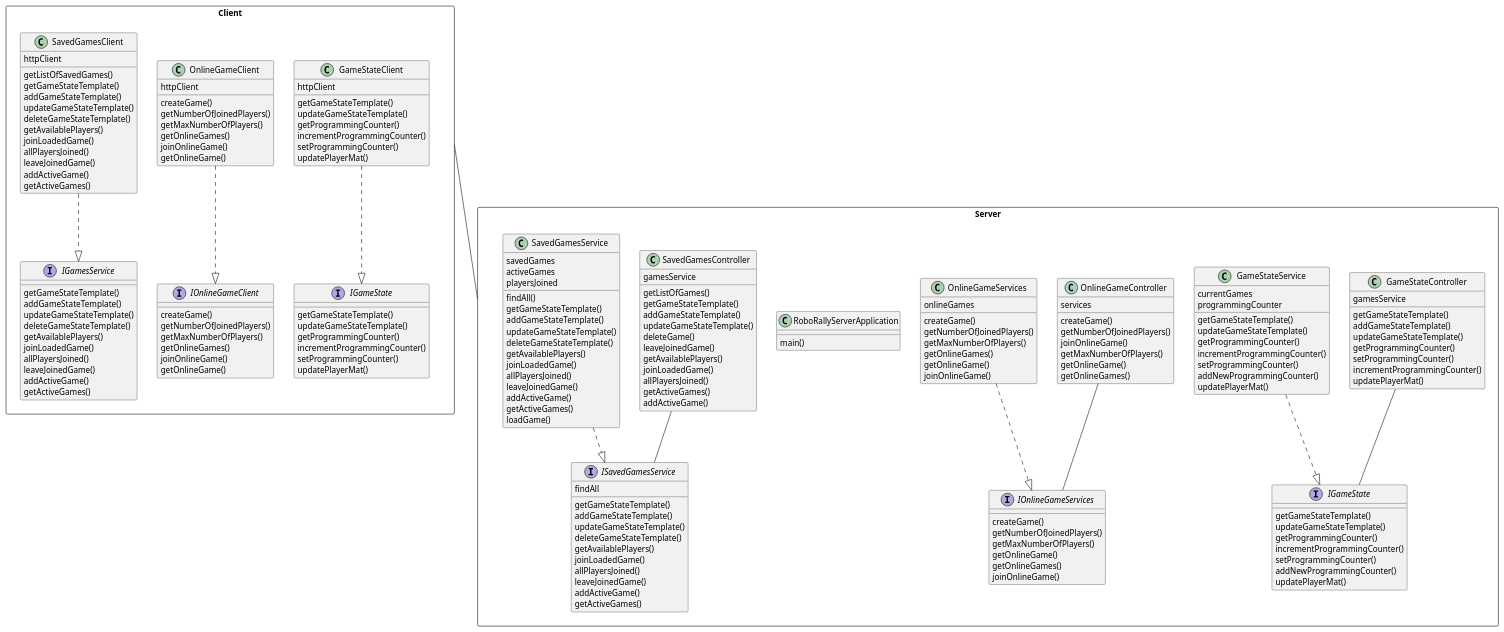
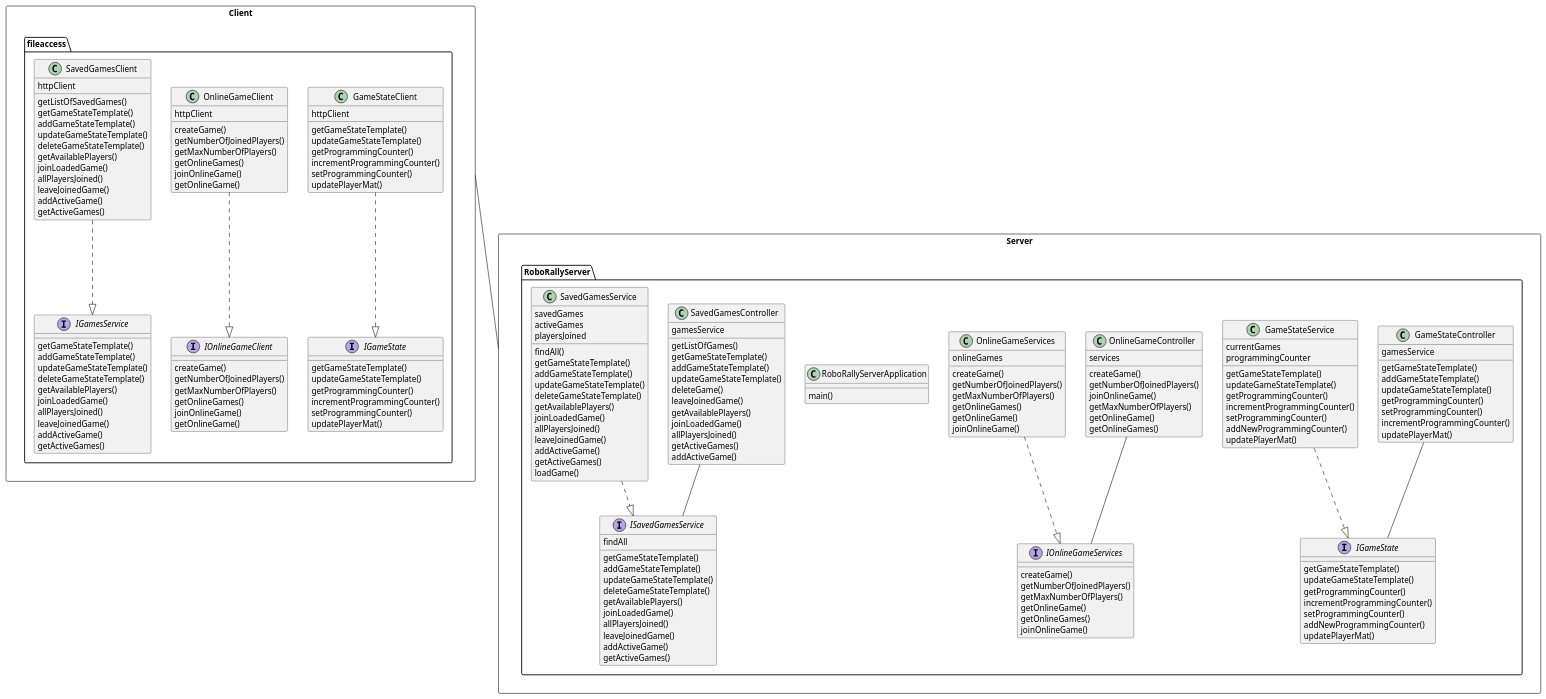
The diagram in PlantUML/WebClassDiagram.puml (MarkBidstrup/RoboRally), drawn with PlantUML before and after one commit.

Commit message:
Added fileaccess and RoboRallyServer packages to WebClassDiagram

```diff
--- a/PlantUML/WebClassDiagram.puml
+++ b/PlantUML/WebClassDiagram.puml
@@ -2,198 +2,202 @@
 'https://plantuml.com/sequence-diagram
 
 package Client <<Rectangle>>{
-    class GameStateClient {
-        httpClient
+    package fileaccess {
+        class GameStateClient {
+            httpClient
 
-        getGameStateTemplate()
-        updateGameStateTemplate()
-        getProgrammingCounter()
-        incrementProgrammingCounter()
-        setProgrammingCounter()
-        updatePlayerMat()
-    }
+            getGameStateTemplate()
+            updateGameStateTemplate()
+            getProgrammingCounter()
+            incrementProgrammingCounter()
+            setProgrammingCounter()
+            updatePlayerMat()
+        }
 
-    class OnlineGameClient {
-        httpClient
+        class OnlineGameClient {
+            httpClient
 
-        createGame()
-        getNumberOfJoinedPlayers()
-        getMaxNumberOfPlayers()
-        getOnlineGames()
-        joinOnlineGame()
-        getOnlineGame()
-    }
+            createGame()
+            getNumberOfJoinedPlayers()
+            getMaxNumberOfPlayers()
+            getOnlineGames()
+            joinOnlineGame()
+            getOnlineGame()
+        }
 
-    class SavedGamesClient {
-        httpClient
+        class SavedGamesClient {
+            httpClient
 
-        getListOfSavedGames()
-        getGameStateTemplate()
-        addGameStateTemplate()
-        updateGameStateTemplate()
-        deleteGameStateTemplate()
-        getAvailablePlayers()
-        joinLoadedGame()
-        allPlayersJoined()
-        leaveJoinedGame()
-        addActiveGame()
-        getActiveGames()
-    }
+            getListOfSavedGames()
+            getGameStateTemplate()
+            addGameStateTemplate()
+            updateGameStateTemplate()
+            deleteGameStateTemplate()
+            getAvailablePlayers()
+            joinLoadedGame()
+            allPlayersJoined()
+            leaveJoinedGame()
+            addActiveGame()
+            getActiveGames()
+        }
 
-    interface IGameState {
-        getGameStateTemplate()
-        updateGameStateTemplate()
-        getProgrammingCounter()
-        incrementProgrammingCounter()
-        setProgrammingCounter()
-        updatePlayerMat()
-    }
+        interface IGameState {
+            getGameStateTemplate()
+            updateGameStateTemplate()
+            getProgrammingCounter()
+            incrementProgrammingCounter()
+            setProgrammingCounter()
+            updatePlayerMat()
+        }
 
-    interface IGamesService {
-        getGameStateTemplate()
-        addGameStateTemplate()
-        updateGameStateTemplate()
-        deleteGameStateTemplate()
-        getAvailablePlayers()
-        joinLoadedGame()
-        allPlayersJoined()
-        leaveJoinedGame()
-        addActiveGame()
-        getActiveGames()
-    }
+        interface IGamesService {
+            getGameStateTemplate()
+            addGameStateTemplate()
+            updateGameStateTemplate()
+            deleteGameStateTemplate()
+            getAvailablePlayers()
+            joinLoadedGame()
+            allPlayersJoined()
+            leaveJoinedGame()
+            addActiveGame()
+            getActiveGames()
+        }
 
-    interface IOnlineGameClient {
-        createGame()
-        getNumberOfJoinedPlayers()
-        getMaxNumberOfPlayers()
-        getOnlineGames()
-        joinOnlineGame()
-        getOnlineGame()
+        interface IOnlineGameClient {
+            createGame()
+            getNumberOfJoinedPlayers()
+            getMaxNumberOfPlayers()
+            getOnlineGames()
+            joinOnlineGame()
+            getOnlineGame()
+        }
     }
 }
 
 package Server <<Rectangle>>{
-    class GameStateController {
-        gamesService
+    package RoboRallyServer {
+        class GameStateController {
+            gamesService
 
-        getGameStateTemplate()
-        addGameStateTemplate()
-        updateGameStateTemplate()
-        getProgrammingCounter()
-        setProgrammingCounter()
-        incrementProgrammingCounter()
-        updatePlayerMat()
-    }
+            getGameStateTemplate()
+            addGameStateTemplate()
+            updateGameStateTemplate()
+            getProgrammingCounter()
+            setProgrammingCounter()
+            incrementProgrammingCounter()
+            updatePlayerMat()
+        }
 
-    class GameStateService {
-        currentGames
-        programmingCounter
+        class GameStateService {
+            currentGames
+            programmingCounter
 
-        getGameStateTemplate()
-        updateGameStateTemplate()
-        getProgrammingCounter()
-        incrementProgrammingCounter()
-        setProgrammingCounter()
-        addNewProgrammingCounter()
-        updatePlayerMat()
-    }
+            getGameStateTemplate()
+            updateGameStateTemplate()
+            getProgrammingCounter()
+            incrementProgrammingCounter()
+            setProgrammingCounter()
+            addNewProgrammingCounter()
+            updatePlayerMat()
+        }
 
-    class OnlineGameController {
-        services
+        class OnlineGameController {
+            services
 
-        createGame()
-        getNumberOfJoinedPlayers()
-        joinOnlineGame()
-        getMaxNumberOfPlayers()
-        getOnlineGame()
-        getOnlineGames()
-    }
+            createGame()
+            getNumberOfJoinedPlayers()
+            joinOnlineGame()
+            getMaxNumberOfPlayers()
+            getOnlineGame()
+            getOnlineGames()
+        }
 
-    class OnlineGameServices {
-        onlineGames
+        class OnlineGameServices {
+            onlineGames
 
-        createGame()
-        getNumberOfJoinedPlayers()
-        getMaxNumberOfPlayers()
-        getOnlineGames()
-        getOnlineGame()
-        joinOnlineGame()
-    }
+            createGame()
+            getNumberOfJoinedPlayers()
+            getMaxNumberOfPlayers()
+            getOnlineGames()
+            getOnlineGame()
+            joinOnlineGame()
+        }
 
-    class RoboRallyServerApplication {
-        main()
-    }
+        class RoboRallyServerApplication {
+            main()
+        }
 
-    class SavedGamesController {
-        gamesService
+        class SavedGamesController {
+            gamesService
 
-        getListOfGames()
-        getGameStateTemplate()
-        addGameStateTemplate()
-        updateGameStateTemplate()
-        deleteGame()
-        leaveJoinedGame()
-        getAvailablePlayers()
-        joinLoadedGame()
-        allPlayersJoined()
-        getActiveGames()
-        addActiveGame()
-    }
+            getListOfGames()
+            getGameStateTemplate()
+            addGameStateTemplate()
+            updateGameStateTemplate()
+            deleteGame()
+            leaveJoinedGame()
+            getAvailablePlayers()
+            joinLoadedGame()
+            allPlayersJoined()
+            getActiveGames()
+            addActiveGame()
+        }
 
-    class SavedGamesService {
-        savedGames
-        activeGames
-        playersJoined
+        class SavedGamesService {
+            savedGames
+            activeGames
+            playersJoined
 
-        findAll()
-        getGameStateTemplate()
-        addGameStateTemplate()
-        updateGameStateTemplate()
-        deleteGameStateTemplate()
-        getAvailablePlayers()
-        joinLoadedGame()
-        allPlayersJoined()
-        leaveJoinedGame()
-        addActiveGame()
-        getActiveGames()
-        loadGame()
-    }
+            findAll()
+            getGameStateTemplate()
+            addGameStateTemplate()
+            updateGameStateTemplate()
+            deleteGameStateTemplate()
+            getAvailablePlayers()
+            joinLoadedGame()
+            allPlayersJoined()
+            leaveJoinedGame()
+            addActiveGame()
+            getActiveGames()
+            loadGame()
+        }
 
-    interface "IGameState" as ServerIGameState
-    interface "ISavedGamesService" as ServerISavedGamesService
+        interface "IGameState" as ServerIGameState
+        interface "ISavedGamesService" as ServerISavedGamesService
 
-    interface ServerISavedGamesService {
-        findAll
+        interface ServerISavedGamesService {
+            findAll
 
-        getGameStateTemplate()
-        addGameStateTemplate()
-        updateGameStateTemplate()
-        deleteGameStateTemplate()
-        getAvailablePlayers()
-        joinLoadedGame()
-        allPlayersJoined()
-        leaveJoinedGame()
-        addActiveGame()
-        getActiveGames()
-    }
+            getGameStateTemplate()
+            addGameStateTemplate()
+            updateGameStateTemplate()
+            deleteGameStateTemplate()
+            getAvailablePlayers()
+            joinLoadedGame()
+            allPlayersJoined()
+            leaveJoinedGame()
+            addActiveGame()
+            getActiveGames()
+        }
 
-    interface ServerIGameState {
-        getGameStateTemplate()
-        updateGameStateTemplate()
-        getProgrammingCounter()
-        incrementProgrammingCounter()
-        setProgrammingCounter()
-        addNewProgrammingCounter()
-        updatePlayerMat()
-    }
+        interface ServerIGameState {
+            getGameStateTemplate()
+            updateGameStateTemplate()
+            getProgrammingCounter()
+            incrementProgrammingCounter()
+            setProgrammingCounter()
+            addNewProgrammingCounter()
+            updatePlayerMat()
+        }
 
-    interface IOnlineGameServices {
-        createGame()
-        getNumberOfJoinedPlayers()
-        getMaxNumberOfPlayers()
-        getOnlineGame()
-        getOnlineGames()
-        joinOnlineGame()
+        interface IOnlineGameServices {
+            createGame()
+            getNumberOfJoinedPlayers()
+            getMaxNumberOfPlayers()
+            getOnlineGame()
+            getOnlineGames()
+            joinOnlineGame()
+        }
     }
 }
 
```
